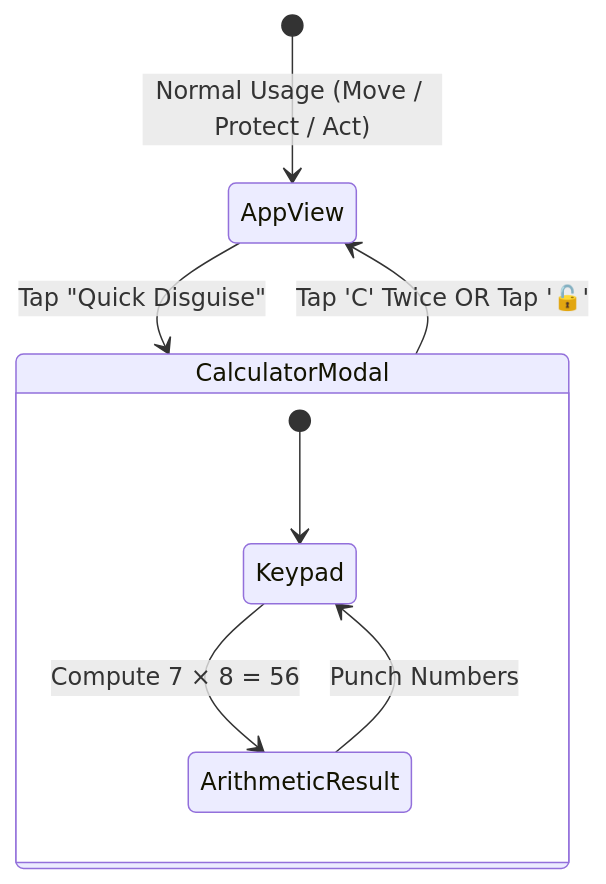
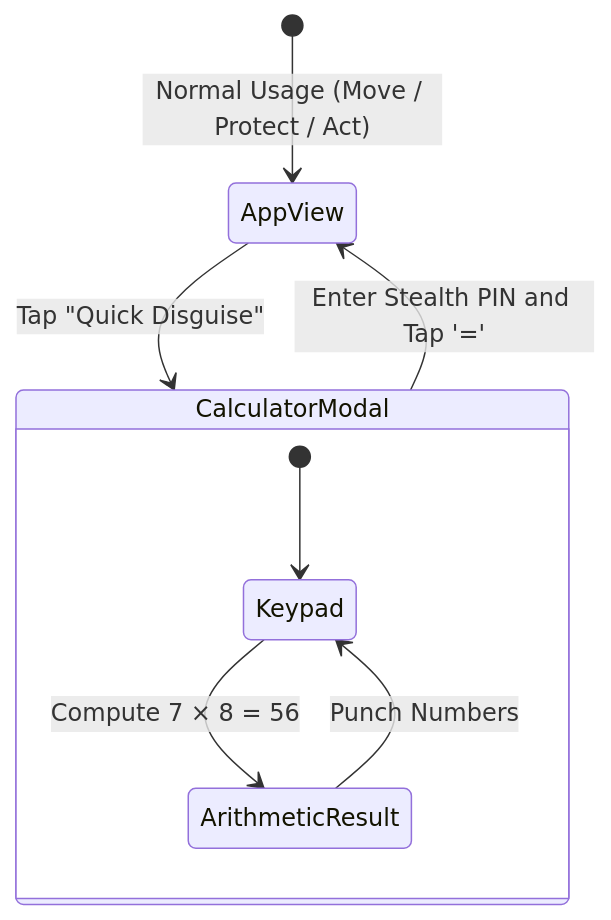
The first of 2 diagrams in wiki/Security-Privacy-and-Disguise.md (KatkamKoushik/Vyshuuu-Unified-Women-Safety-Action-Platform), drawn with Mermaid before and after one commit. The commit also changed other lines of this file and 34 other files, not shown here.

````diff
--- a/wiki/Security-Privacy-and-Disguise.md
+++ b/wiki/Security-Privacy-and-Disguise.md
@@ -45,11 +45,11 @@
 ```mermaid
 stateDiagram-v2
     [*] --> AppView: Normal Usage (Move / Protect / Act)
     AppView --> CalculatorModal: Tap "Quick Disguise"
     state CalculatorModal {
         [*] --> Keypad
         Keypad --> ArithmeticResult: Compute 7 × 8 = 56
         ArithmeticResult --> Keypad: Punch Numbers
     }
-    CalculatorModal --> AppView: Tap 'C' Twice OR Tap '🔓'
+    CalculatorModal --> AppView: Enter Stealth PIN and Tap '='
 ```
````
